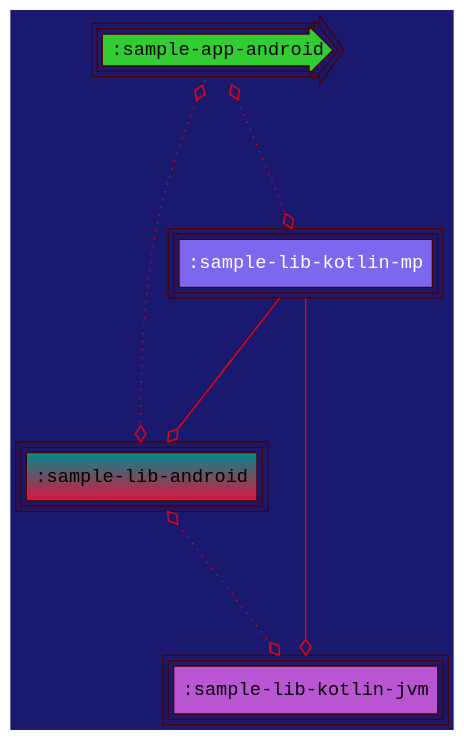
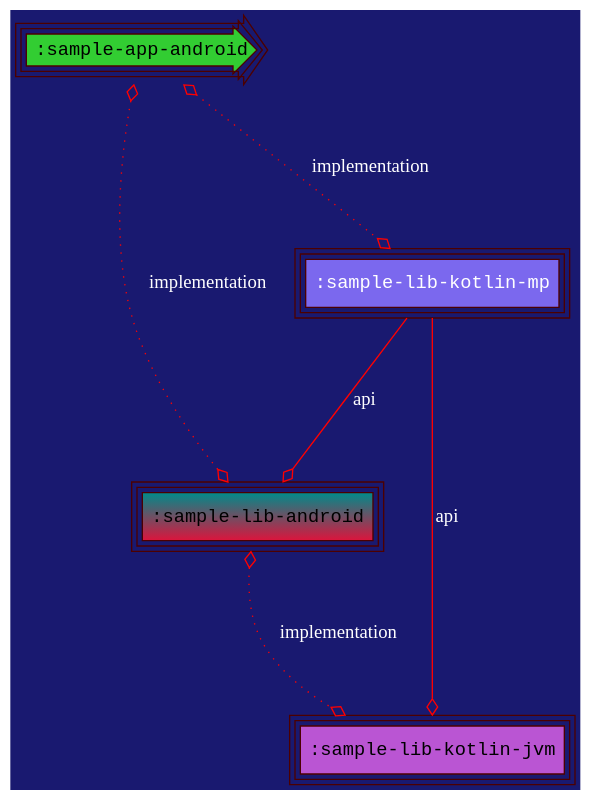
One commit to jonapoul/atlas changed the diagram in samples/sample-graphviz/sample-lib-kotlin-jvm/modular/chart.dot. Above: the diagram before and after it, drawn with Graphviz. The commit also changed 35 other files, not shown here.

```diff
--- a/samples/sample-graphviz/sample-lib-kotlin-jvm/modular/chart.dot
+++ b/samples/sample-graphviz/sample-lib-kotlin-jvm/modular/chart.dot
@@ -1,14 +1,14 @@
 digraph {
-  edge [arrowhead="ediamond",arrowtail="none",color="red",labelfloat="true",fontcolor="lime"]
+  edge [arrowhead="ediamond",arrowtail="none",fontcolor="white",labelfloat="false",color="red"]
   graph [layout="dot",bgcolor="MidnightBlue",fontsize="30",rankdir="TB",ranksep="1.5"]
   node [fontname="Courier New",peripheries="3",style="filled",shape="box",color="#4C0000"]
   ":sample-app-android" [shape="rarrow",style="radial",fillcolor="limegreen"]
   ":sample-lib-android" [gradientangle="90",fillcolor="crimson:cyan4"]
   ":sample-lib-kotlin-jvm" [fillcolor="mediumorchid"]
   ":sample-lib-kotlin-mp" [fontcolor="white",fillcolor="mediumslateblue"]
-  ":sample-app-android" -> ":sample-lib-android" [style="dotted",dir="both",arrowtail="ediamond"]
-  ":sample-app-android" -> ":sample-lib-kotlin-mp" [style="dotted",dir="both",arrowtail="ediamond"]
-  ":sample-lib-android" -> ":sample-lib-kotlin-jvm" [style="dotted",dir="both",arrowtail="ediamond"]
-  ":sample-lib-kotlin-mp" -> ":sample-lib-android" [style="solid",weight="5"]
-  ":sample-lib-kotlin-mp" -> ":sample-lib-kotlin-jvm" [style="solid",weight="5"]
+  ":sample-app-android" -> ":sample-lib-android" [style="dotted",label="implementation",dir="both",arrowtail="ediamond"]
+  ":sample-app-android" -> ":sample-lib-kotlin-mp" [style="dotted",label="implementation",dir="both",arrowtail="ediamond"]
+  ":sample-lib-android" -> ":sample-lib-kotlin-jvm" [style="dotted",label="implementation",dir="both",arrowtail="ediamond"]
+  ":sample-lib-kotlin-mp" -> ":sample-lib-android" [style="solid",label="api",weight="5"]
+  ":sample-lib-kotlin-mp" -> ":sample-lib-kotlin-jvm" [style="solid",label="api",weight="5"]
 }
```
